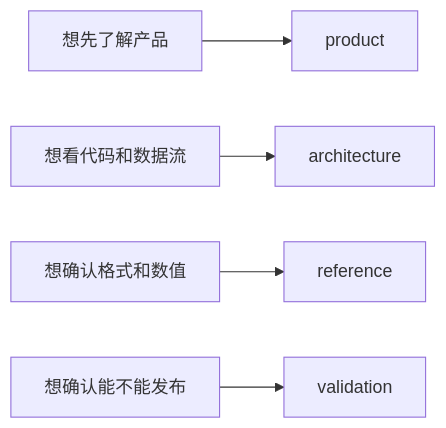
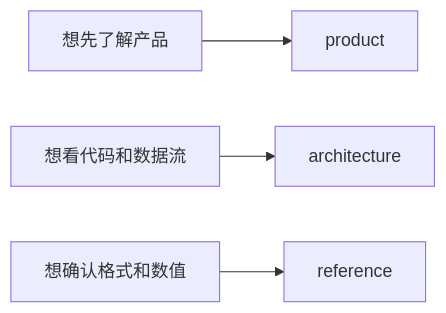
The diagram in docs/zh-Hans/README.md (habinsong/negaflow), drawn with Mermaid before and after one commit. The commit also changed other lines of this file and 171 other files, not shown here.

````diff
--- a/docs/zh-Hans/README.md
+++ b/docs/zh-Hans/README.md
@@ -8,7 +8,6 @@
 ```mermaid
 flowchart LR
     A["想先了解产品"] --> P["product"]
     B["想看代码和数据流"] --> R["architecture"]
     C["想确认格式和数值"] --> S["reference"]
-    D["想确认能不能发布"] --> V["validation"]
 ```
````
